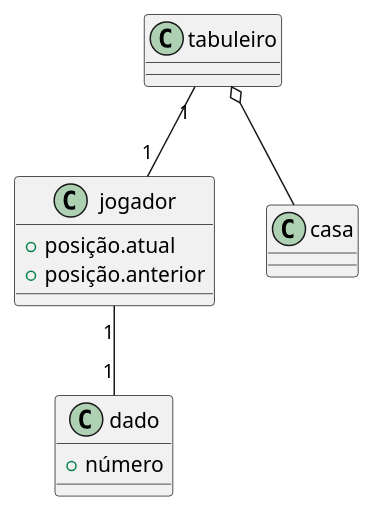
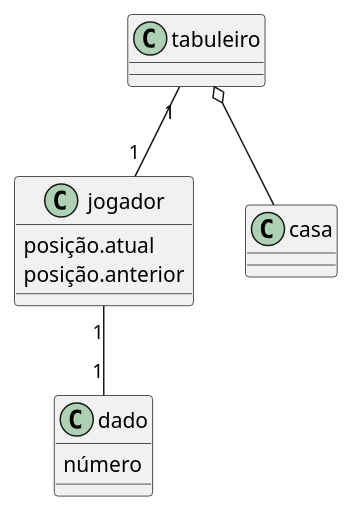
The diagram in class_diagram.plantuml (rtgatto/game-2023b-quartacoloniaquiz), drawn with PlantUML before and after one commit. The commit also changed 5 other files, not shown here.

```diff
--- a/class_diagram.plantuml
+++ b/class_diagram.plantuml
@@ -1,22 +1,22 @@
 @startuml QuartaColoniaQuiz
 
 class dado
 {
-    + número
+    número
 }
 class jogador
 {
-    + posição.atual
-    + posição.anterior
+    posição.atual
+    posição.anterior
 }
 class tabuleiro
 
 class casa
 
 tabuleiro o-- casa
 tabuleiro "1" -- "1" jogador
 jogador "1" -- "1" dado
 
 
 
 @enduml
```
